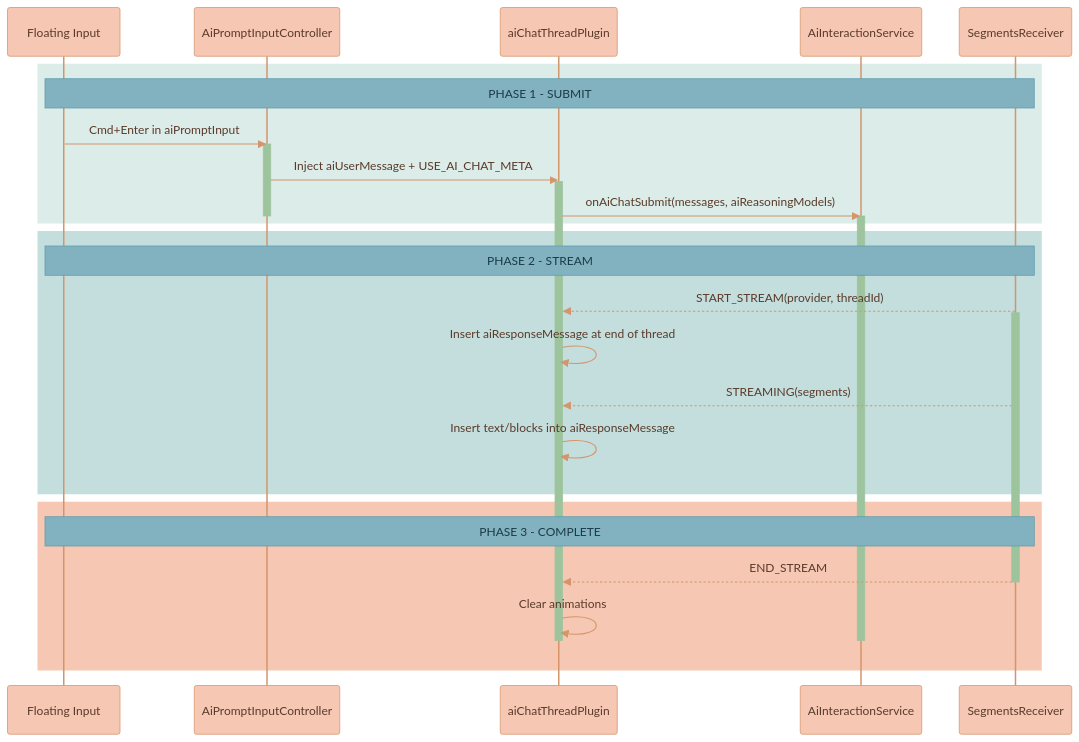
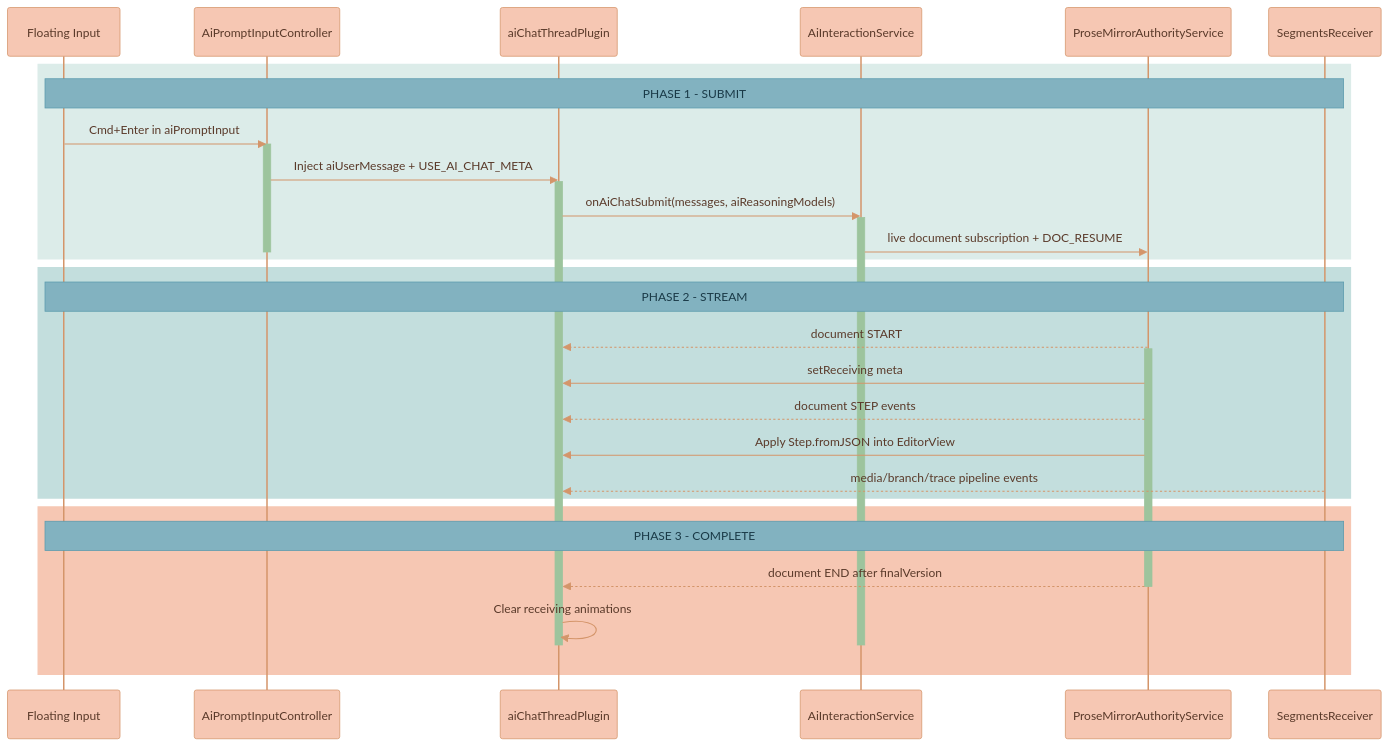
Before and after one commit to Lixpi/lixpi: the seventh of 8 diagrams in services/web-ui/src/components/proseMirror/README.md, drawn with Mermaid. The commit also changed other lines of this file and 61 other files, not shown here.

````diff
--- a/services/web-ui/src/components/proseMirror/README.md
+++ b/services/web-ui/src/components/proseMirror/README.md
@@ -325,44 +329,47 @@
 ```mermaid
 %%{init: {'theme': 'base', 'themeVariables': { 'noteBkgColor': '#82B2C0', 'noteTextColor': '#1a3a47', 'noteBorderColor': '#5a9aad', 'actorBkg': '#F6C7B3', 'actorBorder': '#d4956a', 'actorTextColor': '#5a3a2a', 'actorLineColor': '#d4956a', 'signalColor': '#d4956a', 'signalTextColor': '#5a3a2a', 'labelBoxBkgColor': '#F6C7B3', 'labelBoxBorderColor': '#d4956a', 'labelTextColor': '#5a3a2a', 'loopTextColor': '#5a3a2a', 'activationBorderColor': '#9DC49D', 'activationBkgColor': '#9DC49D', 'sequenceNumberColor': '#5a3a2a'}}}%%
 sequenceDiagram
   participant FI as Floating Input
   participant Ctrl as AiPromptInputController
   participant Plugin as aiChatThreadPlugin
   participant S as AiInteractionService
+  participant Auth as ProseMirrorAuthorityService
   participant SR as SegmentsReceiver
   %% ═══════════════════════════════════════════════════════════════
   %% PHASE 1: SUBMIT
   %% ═══════════════════════════════════════════════════════════════
   rect rgb(220, 236, 233)
       Note over FI, SR: PHASE 1 - SUBMIT
       FI->>Ctrl: Cmd+Enter in aiPromptInput
       activate Ctrl
       Ctrl->>Plugin: Inject aiUserMessage + USE_AI_CHAT_META
       activate Plugin
       Plugin->>S: onAiChatSubmit(messages, aiReasoningModels)
       activate S
+      S->>Auth: live document subscription + DOC_RESUME
       deactivate Ctrl
   end
   %% ═══════════════════════════════════════════════════════════════
   %% PHASE 2: STREAM
   %% ═══════════════════════════════════════════════════════════════
   rect rgb(195, 222, 221)
       Note over FI, SR: PHASE 2 - STREAM
-      SR-->>Plugin: START_STREAM(provider, threadId)
-      activate SR
-      Plugin->>Plugin: Insert aiResponseMessage at end of thread
-      SR-->>Plugin: STREAMING(segments)
-      Plugin->>Plugin: Insert text/blocks into aiResponseMessage
+      Auth-->>Plugin: document START
+      activate Auth
+      Auth->>Plugin: setReceiving meta
+      Auth-->>Plugin: document STEP events
+      Auth->>Plugin: Apply Step.fromJSON into EditorView
+      SR-->>Plugin: media/branch/trace pipeline events
   end
   %% ═══════════════════════════════════════════════════════════════
   %% PHASE 3: COMPLETE
   %% ═══════════════════════════════════════════════════════════════
   rect rgb(246, 199, 179)
       Note over FI, SR: PHASE 3 - COMPLETE
-      SR-->>Plugin: END_STREAM
-      deactivate SR
-      Plugin->>Plugin: Clear animations
+      Auth-->>Plugin: document END after finalVersion
+      deactivate Auth
+      Plugin->>Plugin: Clear receiving animations
       deactivate S
       deactivate Plugin
   end
 ```
````
